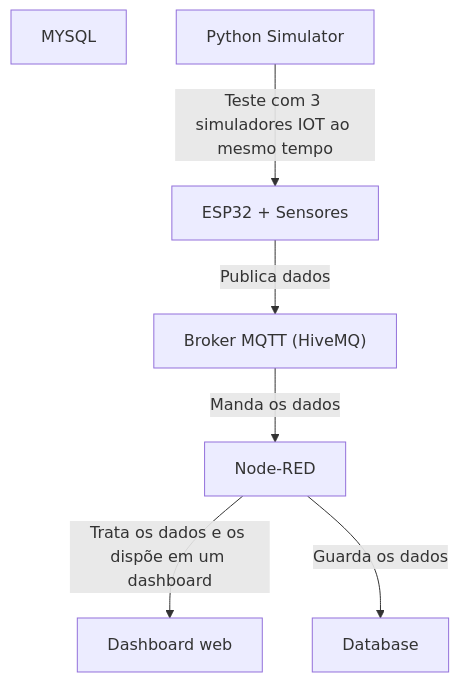
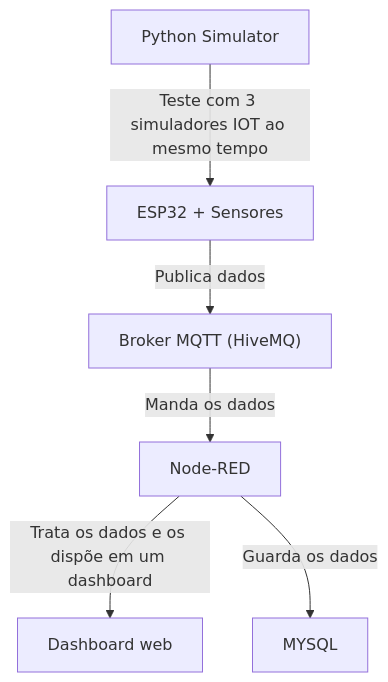
One commit to vinicius945/iot-mottu changed the diagram in README.md. Above: the diagram before and after it, drawn with Mermaid.

Commit message:
Update README.md
Ajustando novamente umas coisas ai

````diff
--- a/README.md
+++ b/README.md
@@ -27,15 +27,15 @@
 ```mermaid
 graph TD;
    DATABASE["MYSQL"]
    ESP32["ESP32 + Sensores"]
    MQTT["Broker MQTT (HiveMQ)"]
    NodeRED["Node-RED"]
    Dashboard["Dashboard web"]
 
    ESP32 -->|Publica dados|MQTT
    Python["Python Simulator"] -->|Teste com 3 simuladores IOT ao mesmo tempo|ESP32
    MQTT -->|Manda os dados| NodeRED
    NodeRED -->|Trata os dados e os dispõe em um dashboard|Dashboard
-   NodeRED -->|Guarda os dados|Database
+   NodeRED -->|Guarda os dados|DATABASE
 
 ```
````
